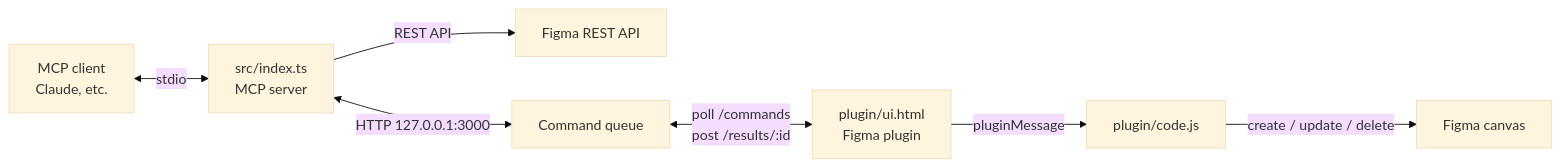
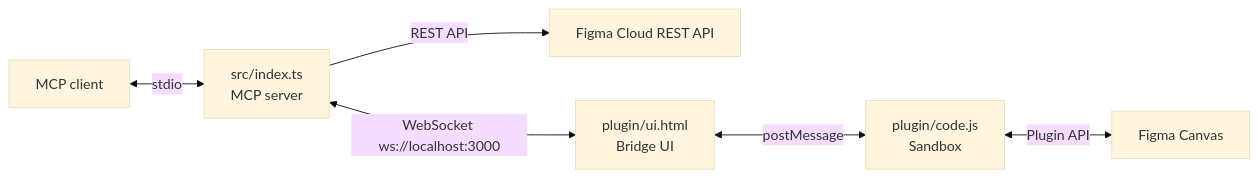
The diagram in docs/README.md (thesagrotan/figma-bridge), drawn with Mermaid (base theme) before and after one commit. The commit also changed other lines of this file and 94 other files, not shown here.

Commit message:
feat: add canvas tools, simplify bridge commands, and add design & skill workflows

````diff
--- a/docs/README.md
+++ b/docs/README.md
@@ -29,9 +28,8 @@
 ```mermaid
 flowchart LR
-    Client[MCP client<br/>Claude, etc.] <-->|stdio| Server[src/index.ts<br/>MCP server]
-    Server -->|REST API| Figma[Figma REST API]
-    Server <-->|HTTP 127.0.0.1:3000| Queue[Command queue]
-    Queue <-->|poll /commands<br/>post /results/:id| Plugin[plugin/ui.html<br/>Figma plugin]
-    Plugin -->|pluginMessage| Code[plugin/code.js]
-    Code -->|create / update / delete| Canvas[Figma canvas]
+    Client[MCP client] <-->|stdio| Server[src/index.ts<br/>MCP server]
+    Server -->|REST API| Figma[Figma Cloud REST API]
+    Server <-->|WebSocket ws://localhost:3000| Plugin[plugin/ui.html<br/>Bridge UI]
+    Plugin <-->|postMessage| Code[plugin/code.js<br/>Sandbox]
+    Code <-->|Plugin API| Canvas[Figma Canvas]
 ```
````
